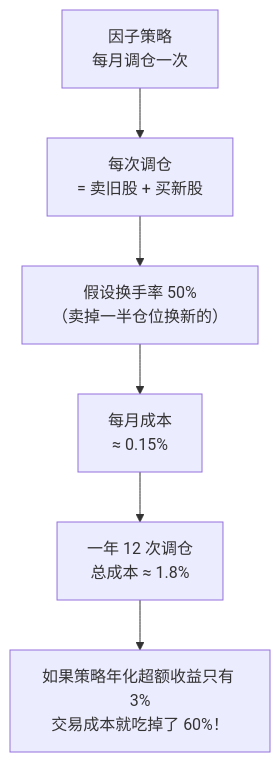
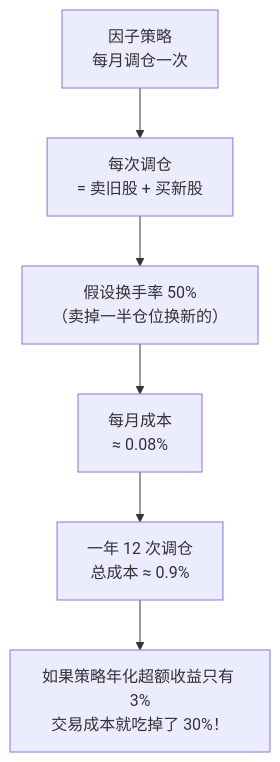
The fourth of 6 diagrams in 金融知识/Day02-交易规则与交易成本.md (cxmokai/factor-investing-study), drawn with Mermaid before and after one commit. The commit also changed other lines of this file and 1 other file, not shown here.

````diff
--- a/金融知识/Day02-交易规则与交易成本.md
+++ b/金融知识/Day02-交易规则与交易成本.md
@@ -224,8 +238,8 @@
 ```mermaid
 graph TD
     A["因子策略<br>每月调仓一次"] --> B["每次调仓<br>= 卖旧股 + 买新股"]
     B --> C["假设换手率 50%<br>（卖掉一半仓位换新的）"]
-    C --> D["每月成本<br>≈ 0.15%"]
-    D --> E["一年 12 次调仓<br>总成本 ≈ 1.8%"]
-    E --> F["如果策略年化超额收益只有 3%<br>交易成本就吃掉了 60%！"]
+    C --> D["每月成本<br>≈ 0.08%"]
+    D --> E["一年 12 次调仓<br>总成本 ≈ 0.9%"]
+    E --> F["如果策略年化超额收益只有 3%<br>交易成本就吃掉了 30%！"]
 ```
````
